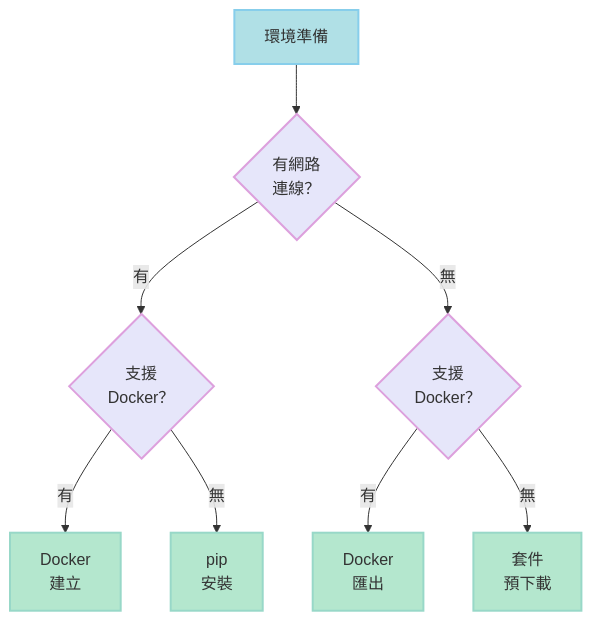
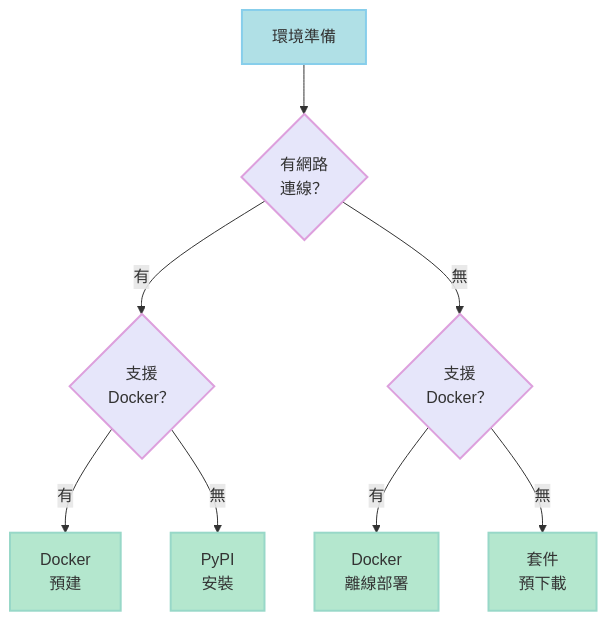
One commit to nics-dp/petsard changed the diagram in doc_site/content/docs/installation/environment-check-flow.zh-tw.mmd. Above: the diagram before and after it, drawn with Mermaid. The commit also changed 11 other files, not shown here.

Commit message:
docs(installation): remove duplicate content from docker-build guide

```diff
--- a/doc_site/content/docs/installation/environment-check-flow.zh-tw.mmd
+++ b/doc_site/content/docs/installation/environment-check-flow.zh-tw.mmd
@@ -1,18 +1,18 @@
 flowchart
     Start[環境準備] --> NetworkCheck{有網路<br/>連線？}
     NetworkCheck -->|有| DockerCheck1{支援<br/>Docker？}
     NetworkCheck -->|無| DockerCheck2{支援<br/>Docker？}
-    DockerCheck1 -->|有| DockerBuild[Docker<br/>建立]
-    DockerCheck1 -->|無| PipInstall[pip<br/>安裝]
-    DockerCheck2 -->|有| DockerExport[Docker<br/>匯出]
+    DockerCheck1 -->|有| DockerPrebuilt[Docker<br/>預建]
+    DockerCheck1 -->|無| PyPIInstall[PyPI<br/>安裝]
+    DockerCheck2 -->|有| DockerOffline[Docker<br/>離線部署]
     DockerCheck2 -->|無| PackageDownload[套件<br/>預下載]
 
     %% 馬卡龍配色
     style Start fill:#B0E0E6,stroke:#87CEEB,stroke-width:2px,color:#333
     style NetworkCheck fill:#E6E6FA,stroke:#DDA0DD,stroke-width:2px,color:#333
     style DockerCheck1 fill:#E6E6FA,stroke:#DDA0DD,stroke-width:2px,color:#333
     style DockerCheck2 fill:#E6E6FA,stroke:#DDA0DD,stroke-width:2px,color:#333
-    style DockerBuild fill:#B4E7CE,stroke:#98D8C8,stroke-width:2px,color:#333
-    style PipInstall fill:#B4E7CE,stroke:#98D8C8,stroke-width:2px,color:#333
-    style DockerExport fill:#B4E7CE,stroke:#98D8C8,stroke-width:2px,color:#333
+    style DockerPrebuilt fill:#B4E7CE,stroke:#98D8C8,stroke-width:2px,color:#333
+    style PyPIInstall fill:#B4E7CE,stroke:#98D8C8,stroke-width:2px,color:#333
+    style DockerOffline fill:#B4E7CE,stroke:#98D8C8,stroke-width:2px,color:#333
     style PackageDownload fill:#B4E7CE,stroke:#98D8C8,stroke-width:2px,color:#333
```
